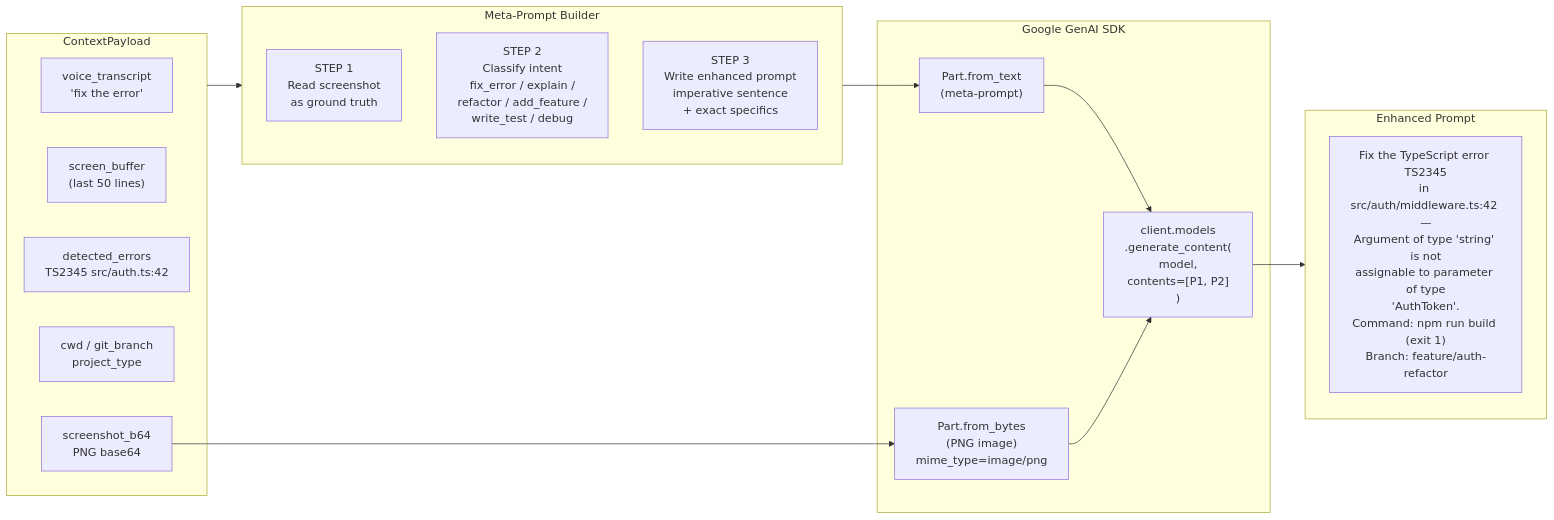
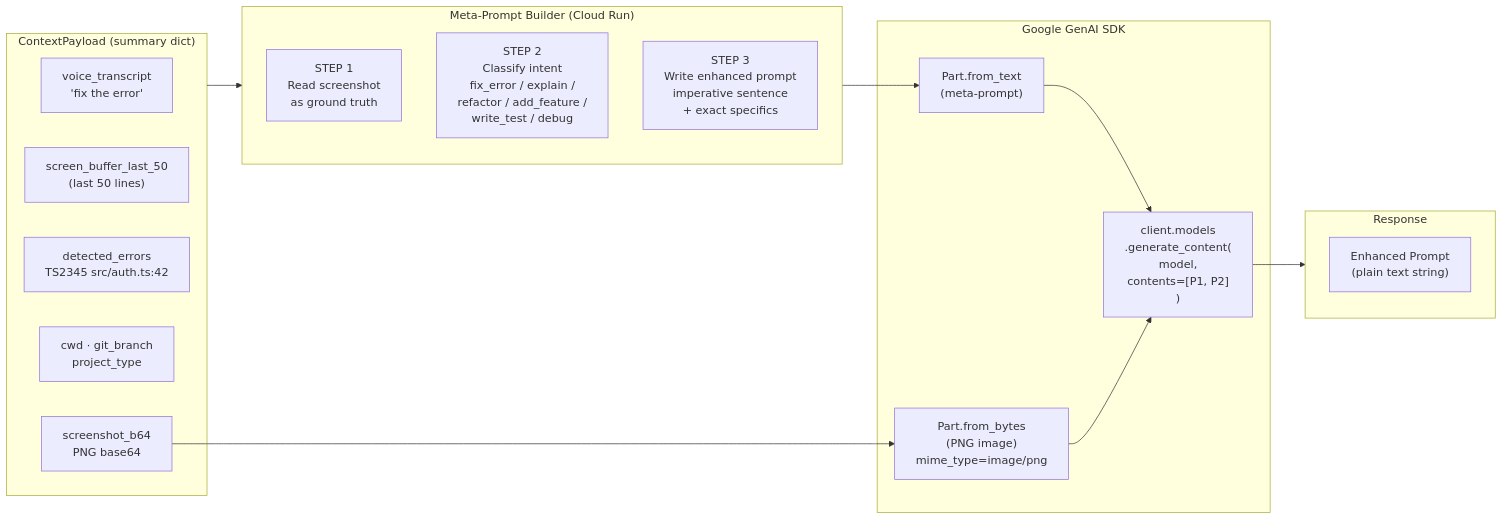
One commit to VinnyBabuManjaly/PromptShell changed the fourth of 9 diagrams in docs/system_design.md. Above: the diagram before and after it, drawn with Mermaid. The commit also changed other lines of this file and 4 other files, not shown here.

Commit message:
Add comprehensive documentation: README, system design, demo script, and updated architecture docs

````diff
--- a/docs/system_design.md
+++ b/docs/system_design.md
@@ -180,33 +164,33 @@
 ```mermaid
 flowchart LR
-    subgraph INPUT["ContextPayload"]
-        VT["voice_transcript\n'fix the error'"]
-        SB["screen_buffer\n(last 50 lines)"]
-        DE["detected_errors\nTS2345 src/auth.ts:42"]
-        CWD["cwd / git_branch\nproject_type"]
-        SS["screenshot_b64\nPNG base64"]
+    subgraph INPUT["ContextPayload (summary dict)"]
+        VT["voice_transcript<br/>'fix the error'"]
+        SB["screen_buffer_last_50<br/>(last 50 lines)"]
+        DE["detected_errors<br/>TS2345 src/auth.ts:42"]
+        CWD["cwd · git_branch<br/>project_type"]
+        SS["screenshot_b64<br/>PNG base64"]
     end
 
-    subgraph BUILDER["Meta-Prompt Builder"]
-        S1["STEP 1\nRead screenshot\nas ground truth"]
-        S2["STEP 2\nClassify intent\nfix_error / explain /\nrefactor / add_feature /\nwrite_test / debug"]
-        S3["STEP 3\nWrite enhanced prompt\nimperative sentence\n+ exact specifics"]
+    subgraph BUILDER["Meta-Prompt Builder (Cloud Run)"]
+        S1["STEP 1<br/>Read screenshot<br/>as ground truth"]
+        S2["STEP 2<br/>Classify intent<br/>fix_error / explain /<br/>refactor / add_feature /<br/>write_test / debug"]
+        S3["STEP 3<br/>Write enhanced prompt<br/>imperative sentence<br/>+ exact specifics"]
     end
 
     subgraph GENAI["Google GenAI SDK"]
-        P1["Part.from_text\n(meta-prompt)"]
-        P2["Part.from_bytes\n(PNG image)\nmime_type=image/png"]
-        REQ["client.models\n.generate_content(\n  model,\n  contents=[P1, P2]\n)"]
+        P1["Part.from_text<br/>(meta-prompt)"]
+        P2["Part.from_bytes<br/>(PNG image)<br/>mime_type=image/png"]
+        REQ["client.models<br/>.generate_content(<br/>  model,<br/>  contents=[P1, P2]<br/>)"]
     end
 
-    subgraph OUTPUT["Enhanced Prompt"]
-        EP["Fix the TypeScript error TS2345\nin src/auth/middleware.ts:42 —\nArgument of type 'string' is not\nassignable to parameter of type\n'AuthToken'.\nCommand: npm run build (exit 1)\nBranch: feature/auth-refactor"]
+    subgraph OUTPUT["Response"]
+        EP["Enhanced Prompt<br/>(plain text string)"]
     end
 
     INPUT --> BUILDER
     BUILDER --> P1
     SS --> P2
     P1 --> REQ
     P2 --> REQ
     REQ --> OUTPUT
 ```
````
